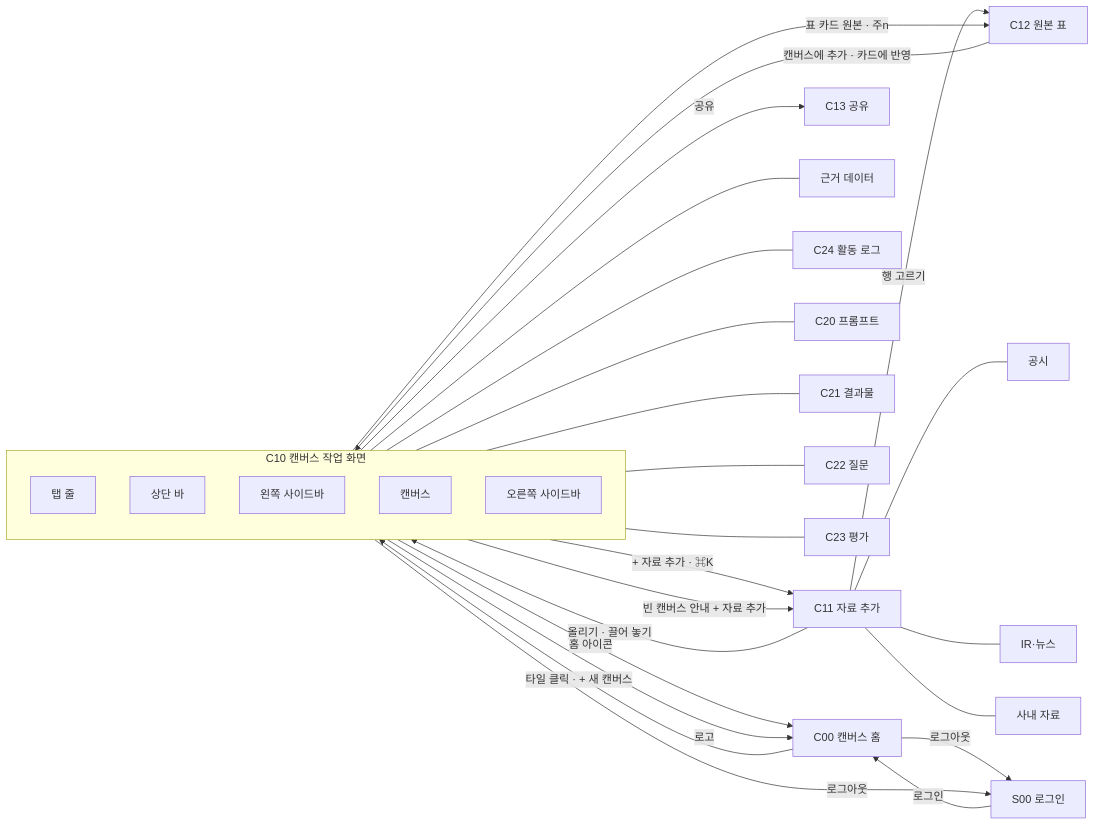
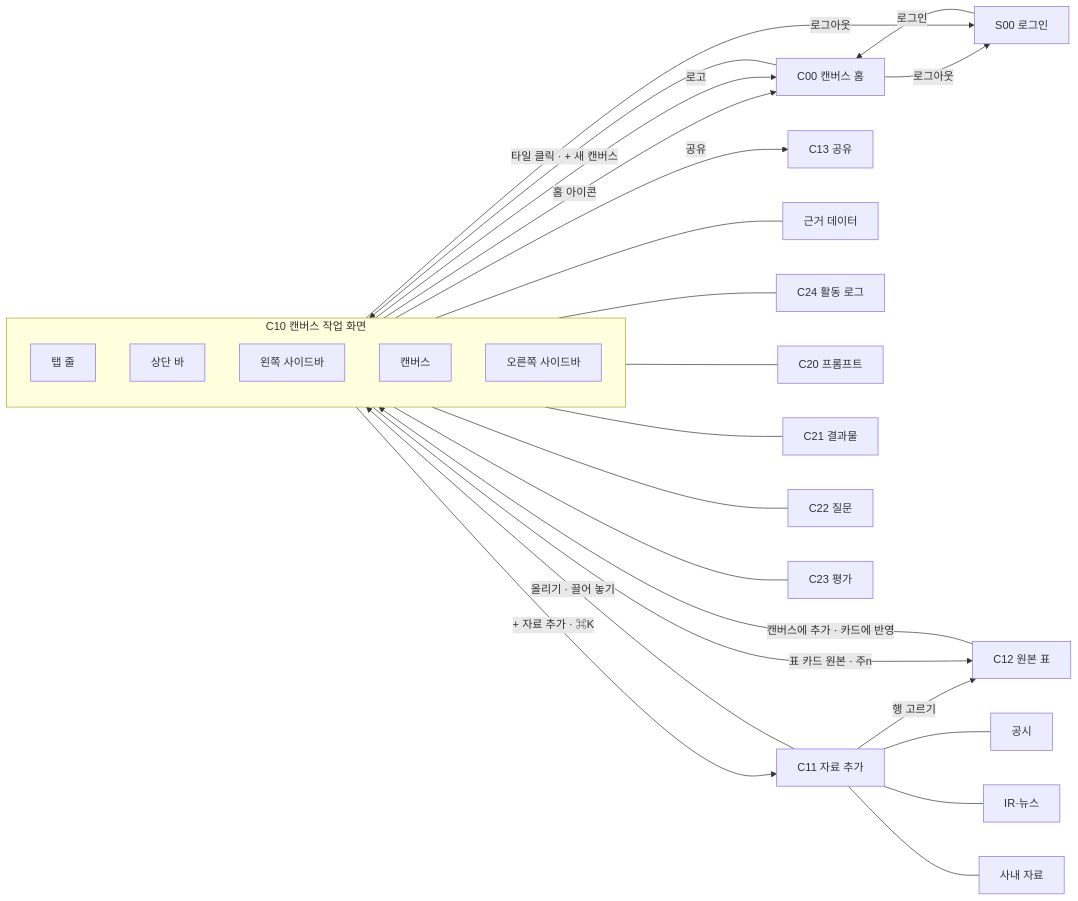
Before and after one commit to vamos-team/telescope: the first of 12 diagrams in docs/frontend/ia.md, drawn with Mermaid. The commit also changed other lines of this file and 16 other files, not shown here.

````diff
--- a/docs/frontend/ia.md
+++ b/docs/frontend/ia.md
@@ -59,36 +60,35 @@
 ```mermaid
 flowchart LR
   S00["S00 로그인"] -->|로그인| C00["C00 캔버스 홈"]
   C00 -->|"타일 클릭 · + 새 캔버스"| C10
 
   subgraph C10["C10 캔버스 작업 화면"]
     direction TB
     T["탭 줄"]
     B["상단 바"]
     LP["왼쪽 사이드바"]
     CV["캔버스"]
     RP["오른쪽 사이드바"]
   end
 
   B -->|"+ 자료 추가 · ⌘K"| C11["C11 자료 추가"]
-  CV -->|"빈 캔버스 안내 + 자료 추가"| C11
   C11 -->|"행 고르기"| C12["C12 원본 표"]
   CV -->|"표 카드 원본 · 주n"| C12
   C11 -->|"올리기 · 끌어 놓기"| CV
   C12 -->|"캔버스에 추가 · 카드에 반영"| CV
   T -->|"홈 아이콘"| C00
   B -->|"로고"| C00
   B -->|"공유"| C13["C13 공유"]
   LP -->|"로그아웃"| S00
   C00 -->|"로그아웃"| S00
 
   LP --- LP2["근거 데이터"]
   LP --- C24["C24 활동 로그"]
   RP --- C20["C20 프롬프트"]
   RP --- C21["C21 결과물"]
   RP --- C22["C22 질문"]
   RP --- C23["C23 평가"]
   C11 --- T1["공시"]
   C11 --- T2["IR·뉴스"]
   C11 --- T3["사내 자료"]
 ```
````
